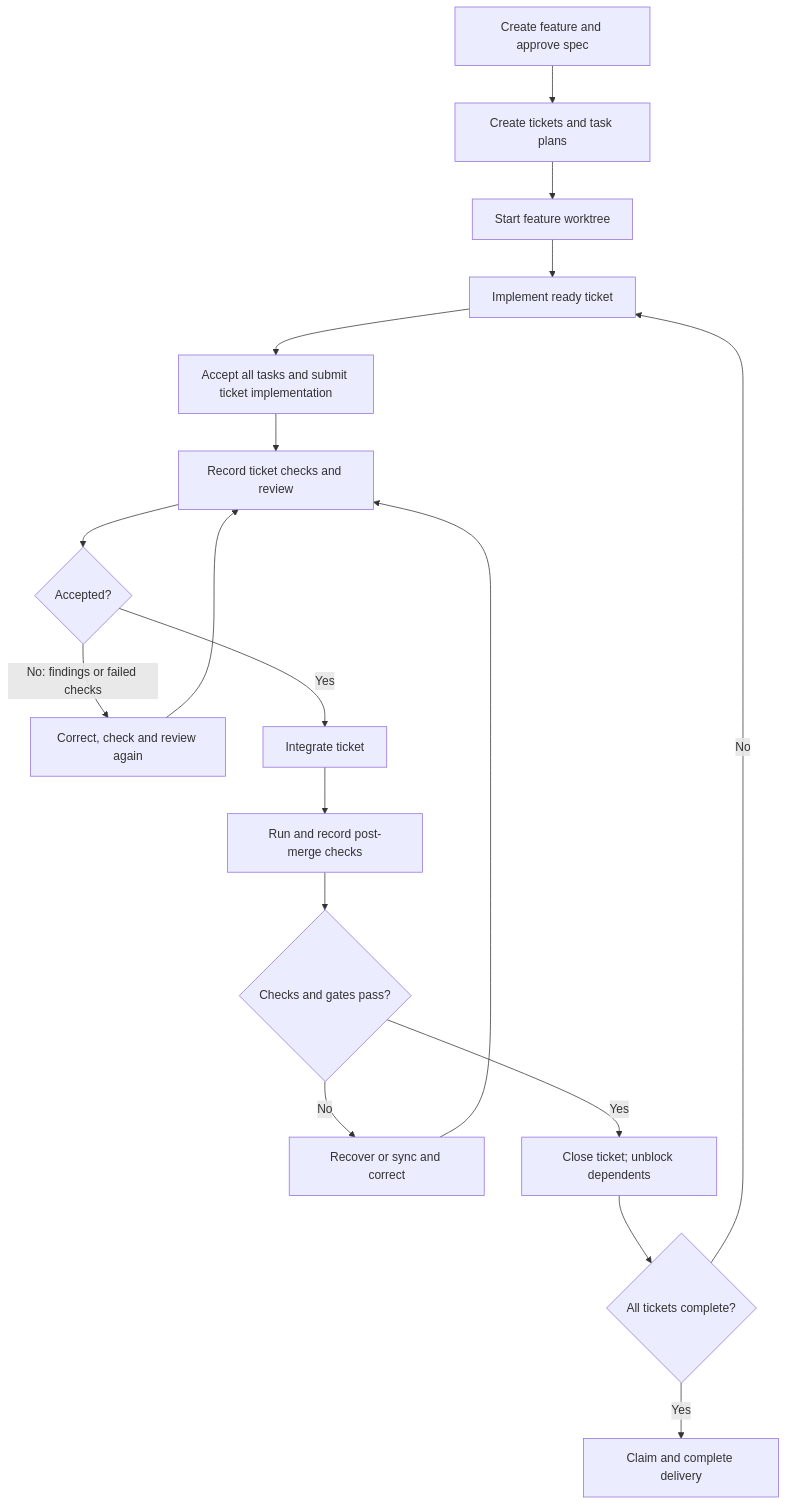
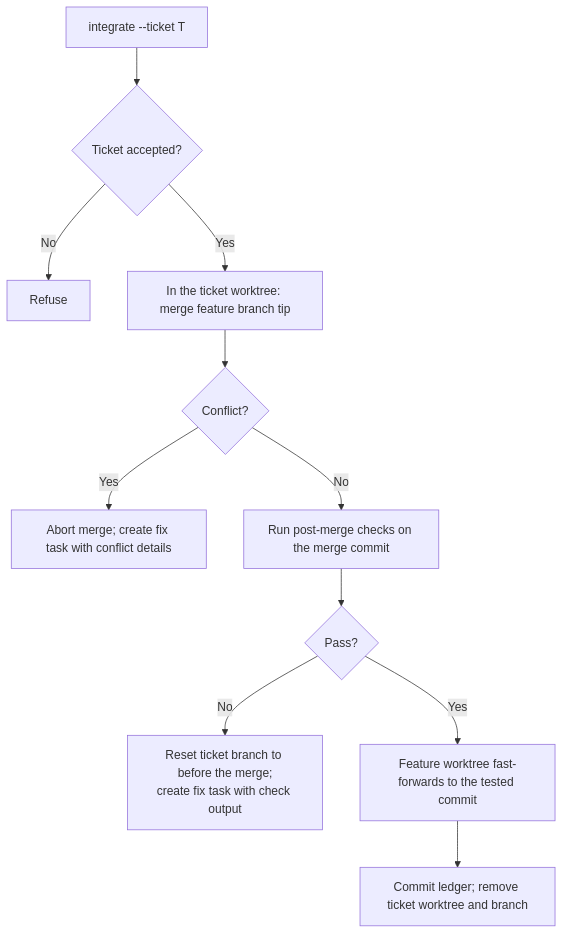
Before and after one commit to UseTheFork/spindle: the sixth of 7 diagrams in SDD-WORKFLOWS.md, drawn with Mermaid. The commit also changed other lines of this file and 1 other file, not shown here.

````diff
--- a/SDD-WORKFLOWS.md
+++ b/SDD-WORKFLOWS.md
@@ -116,20 +233,13 @@
 ```mermaid
 flowchart TD
-    A["Create feature and approve spec"] --> B["Create tickets and task plans"]
-    B --> C["Start feature worktree"]
-    C --> D["Implement ready ticket"]
-    D --> E["Accept all tasks and submit ticket implementation"]
-    E --> F["Record ticket checks and review"]
-    F --> G{"Accepted?"}
-    G -->|"No: findings or failed checks"| H["Correct, check and review again"]
-    H --> F
-    G -->|"Yes"| I["Integrate ticket"]
-    I --> J["Run and record post-merge checks"]
-    J --> K{"Checks and gates pass?"}
-    K -->|"No"| L["Recover or sync and correct"]
-    L --> F
-    K -->|"Yes"| M["Close ticket; unblock dependents"]
-    M --> N{"All tickets complete?"}
-    N -->|"No"| D
-    N -->|"Yes"| O["Claim and complete delivery"]
+    A["integrate --ticket T"] --> B{"Ticket accepted?"}
+    B -->|"No"| Z["Refuse"]
+    B -->|"Yes"| C["In the ticket worktree: merge feature branch tip"]
+    C --> D{"Conflict?"}
+    D -->|"Yes"| E["Abort merge; create fix task with conflict details"]
+    D -->|"No"| F["Run post-merge checks on the merge commit"]
+    F --> G{"Pass?"}
+    G -->|"No"| H["Reset ticket branch to before the merge;<br/>create fix task with check output"]
+    G -->|"Yes"| I["Feature worktree fast-forwards to the tested commit"]
+    I --> J["Commit ledger; remove ticket worktree and branch"]
 ```
````
